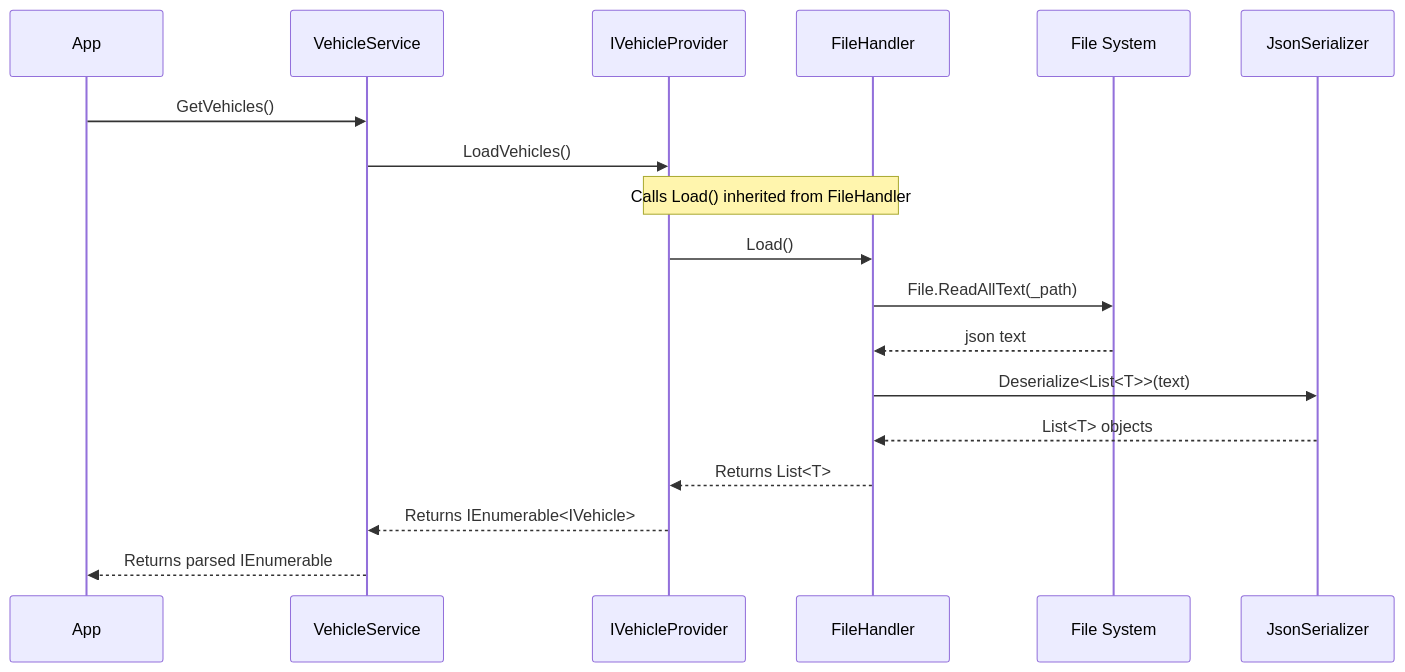
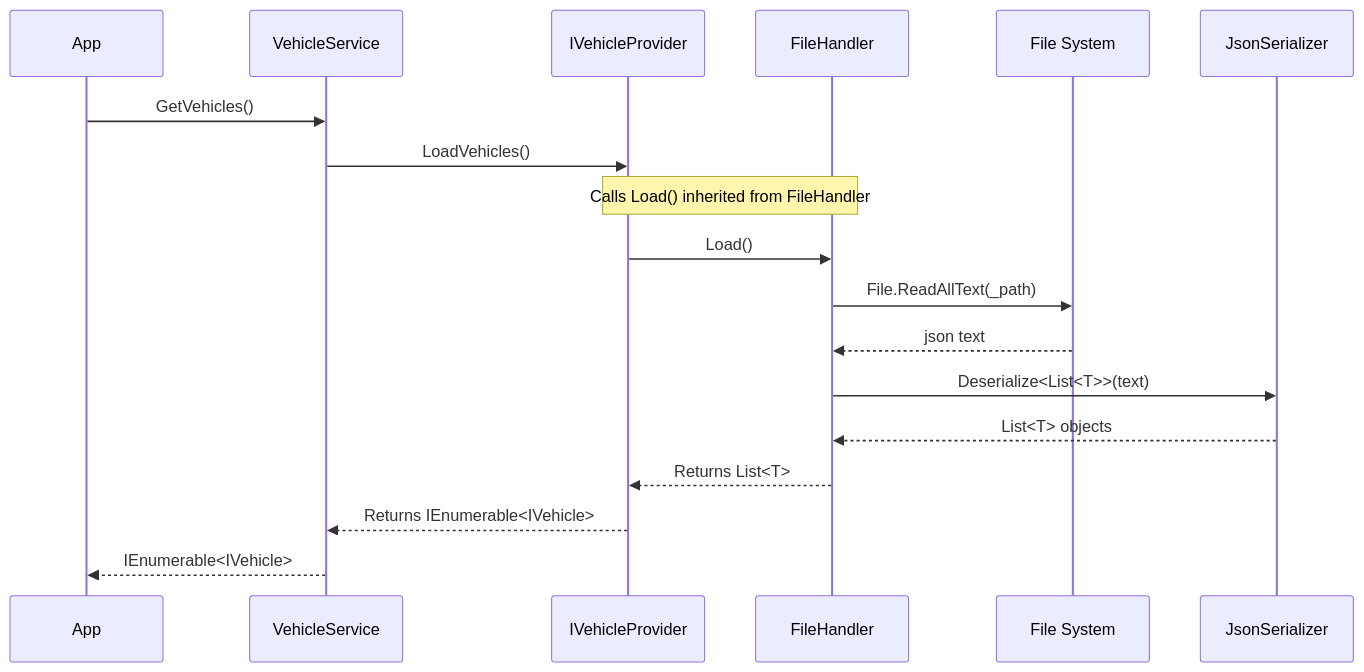
Before and after one commit to MatiasHeiberg/sibdat25-SysUd_SofArk_Project: the second of 2 diagrams in docs/notes/System arkitektur (UML).md, drawn with Mermaid.

Commit message:
Opdateret system diagrams for iteration 1

````diff
--- a/docs/notes/System arkitektur (UML).md
+++ b/docs/notes/System arkitektur (UML).md
@@ -74,25 +74,25 @@
 ```mermaid
 sequenceDiagram
     participant App
     participant VS as VehicleService
     participant Repo as IVehicleProvider
     participant FH as FileHandler
     participant FS as File System
     participant JSON as JsonSerializer
 
     App->>VS: GetVehicles()
     VS->>Repo: LoadVehicles()
     
     Note over Repo,FH: Calls Load() inherited from FileHandler
     Repo->>FH: Load()
     
     FH->>FS: File.ReadAllText(_path)
     FS-->>FH: json text
     
     FH->>JSON: Deserialize<List<T>>(text)
     JSON-->>FH: List<T> objects
     
     FH-->>Repo: Returns List<T>
     Repo-->>VS: Returns IEnumerable<IVehicle>
-    VS-->>App: Returns parsed IEnumerable
+    VS-->>App: IEnumerable<IVehicle>
 ```
````
